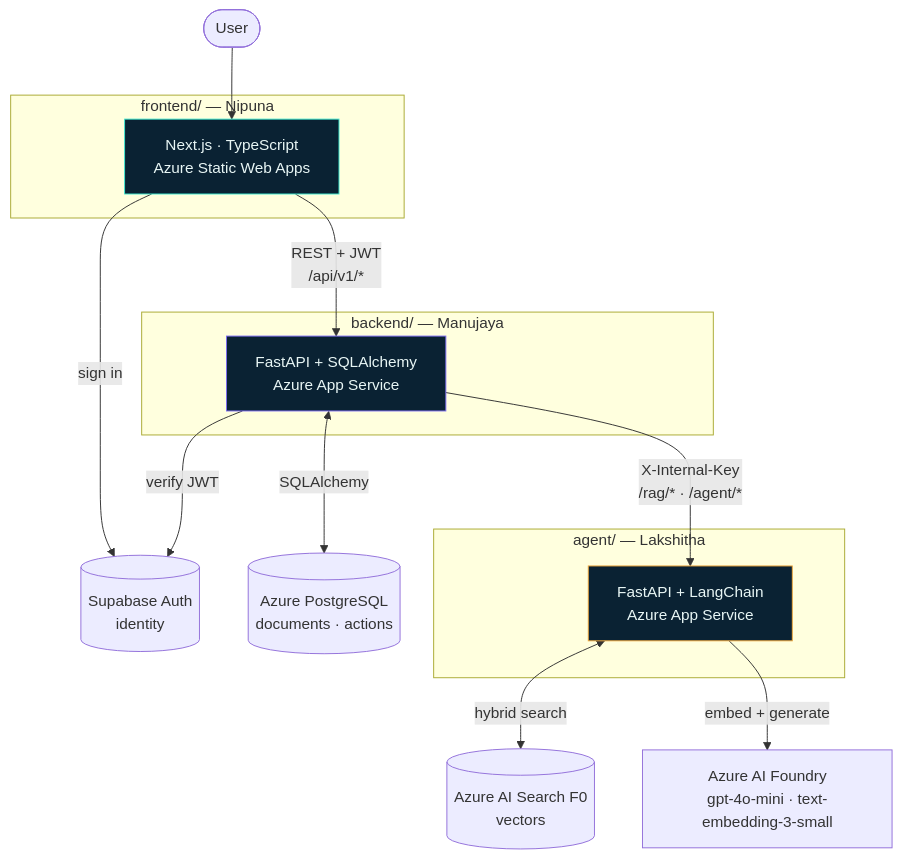
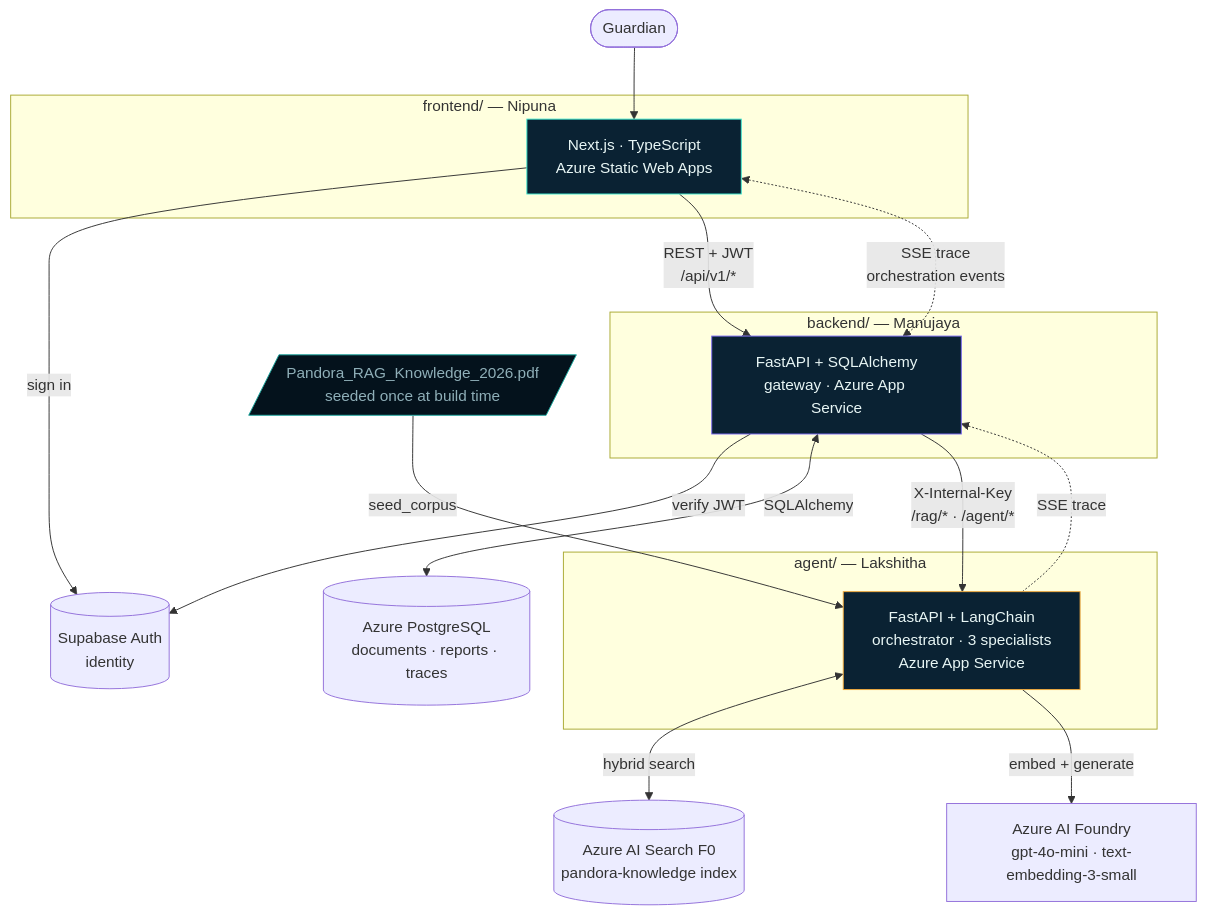
Before and after one commit to lakshitha-dev/Pandora: the diagram in docs/ARCHITECTURE.md, drawn with Mermaid. The commit also changed other lines of this file and 7 other files, not shown here.

First line of the commit message:
docs: retarget all specs to Pandora Knowledge Guardian

````diff
--- a/docs/ARCHITECTURE.md
+++ b/docs/ARCHITECTURE.md
@@ -11,34 +11,39 @@
 ```mermaid
 flowchart TD
-    U([User])
+    U([Guardian])
 
     subgraph FE["frontend/ — Nipuna"]
       NX["Next.js · TypeScript<br/>Azure Static Web Apps"]
     end
 
     subgraph BE["backend/ — Manujaya"]
-      NET["FastAPI + SQLAlchemy<br/>Azure App Service"]
+      GW["FastAPI + SQLAlchemy<br/>gateway · Azure App Service"]
     end
 
     subgraph AG["agent/ — Lakshitha"]
-      PY["FastAPI + LangChain<br/>Azure App Service"]
+      PY["FastAPI + LangChain<br/>orchestrator · 3 specialists<br/>Azure App Service"]
     end
 
     SB[("Supabase Auth<br/>identity")]
-    PG[("Azure PostgreSQL<br/>documents · actions")]
-    AS[("Azure AI Search F0<br/>vectors")]
+    PG[("Azure PostgreSQL<br/>documents · reports · traces")]
+    AS[("Azure AI Search F0<br/>pandora-knowledge index")]
     AF["Azure AI Foundry<br/>gpt-4o-mini · text-embedding-3-small"]
+    CORP[/"Pandora_RAG_Knowledge_2026.pdf<br/>seeded once at build time"/]
 
     U --> NX
     NX -->|"sign in"| SB
-    NX -->|"REST + JWT<br/>/api/v1/*"| NET
-    NET -->|"verify JWT"| SB
-    NET <-->|"SQLAlchemy"| PG
-    NET -->|"X-Internal-Key<br/>/rag/* · /agent/*"| PY
+    NX -->|"REST + JWT<br/>/api/v1/*"| GW
+    NX <-.->|"SSE trace<br/>orchestration events"| GW
+    GW -->|"verify JWT"| SB
+    GW <-->|"SQLAlchemy"| PG
+    GW -->|"X-Internal-Key<br/>/rag/* · /agent/*"| PY
+    PY -.->|"SSE trace"| GW
     PY <-->|"hybrid search"| AS
     PY -->|"embed + generate"| AF
+    CORP -->|"seed_corpus"| PY
 
     style NX fill:#0a2233,stroke:#3EE8D0,color:#E8F6F5
-    style NET fill:#0a2233,stroke:#7B6BF0,color:#E8F6F5
+    style GW fill:#0a2233,stroke:#7B6BF0,color:#E8F6F5
     style PY fill:#0a2233,stroke:#F0A93E,color:#E8F6F5
+    style CORP fill:#04121C,stroke:#1FA9A0,color:#8FAFB8
 ```
````
